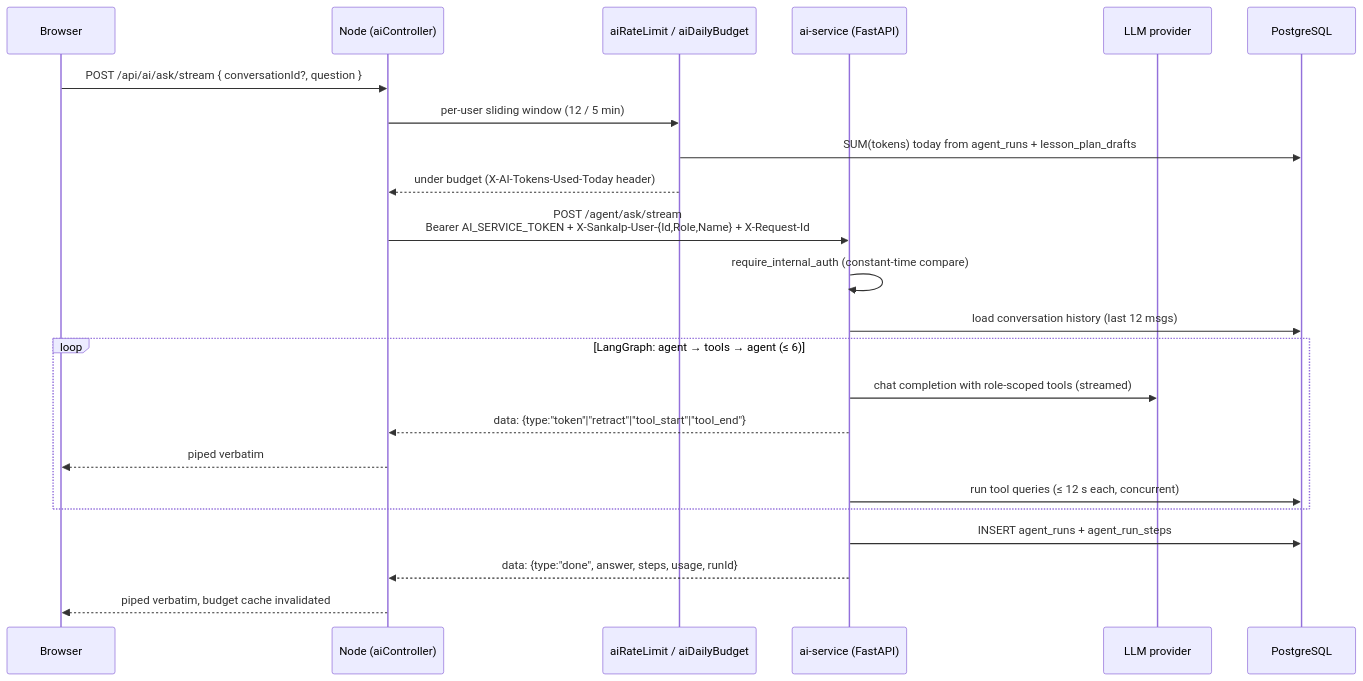
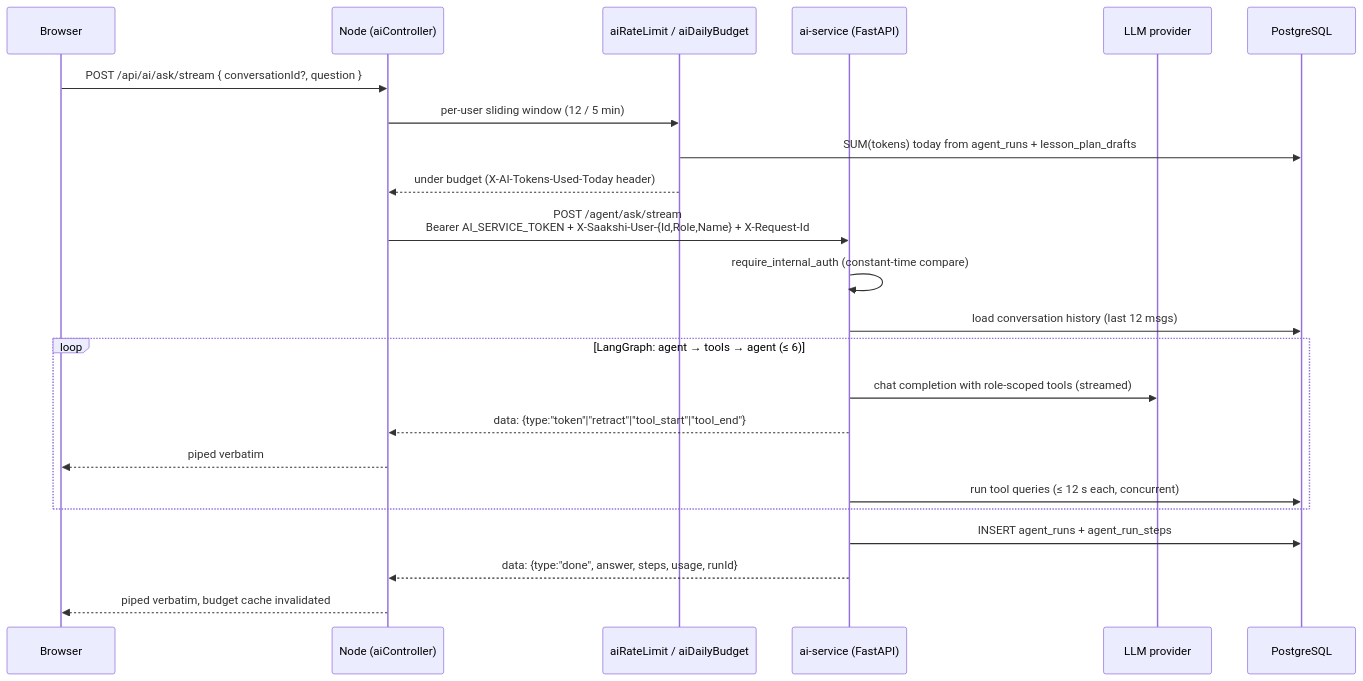
One commit to kushagragarg15/sankalp-village-project changed the third of 15 diagrams in README.md. Above: the diagram before and after it, drawn with Mermaid. The commit also changed other lines of this file and 29 other files, not shown here.

````diff
--- a/README.md
+++ b/README.md
@@ -150,26 +152,26 @@
 ```mermaid
 sequenceDiagram
     participant B as Browser
     participant N as Node (aiController)
     participant G as aiRateLimit / aiDailyBudget
     participant P as ai-service (FastAPI)
     participant L as LLM provider
     participant D as PostgreSQL
 
     B->>N: POST /api/ai/ask/stream { conversationId?, question }
     N->>G: per-user sliding window (12 / 5 min)
     G->>D: SUM(tokens) today from agent_runs + lesson_plan_drafts
     G-->>N: under budget (X-AI-Tokens-Used-Today header)
-    N->>P: POST /agent/ask/stream<br/>Bearer AI_SERVICE_TOKEN + X-Sankalp-User-{Id,Role,Name} + X-Request-Id
+    N->>P: POST /agent/ask/stream<br/>Bearer AI_SERVICE_TOKEN + X-Saakshi-User-{Id,Role,Name} + X-Request-Id
     P->>P: require_internal_auth (constant-time compare)
     P->>D: load conversation history (last 12 msgs)
     loop LangGraph: agent → tools → agent (≤ 6)
         P->>L: chat completion with role-scoped tools (streamed)
         P-->>N: data: {type:"token"|"retract"|"tool_start"|"tool_end"}
         N-->>B: piped verbatim
         P->>D: run tool queries (≤ 12 s each, concurrent)
     end
     P->>D: INSERT agent_runs + agent_run_steps
     P-->>N: data: {type:"done", answer, steps, usage, runId}
     N-->>B: piped verbatim, budget cache invalidated
 ```
````
